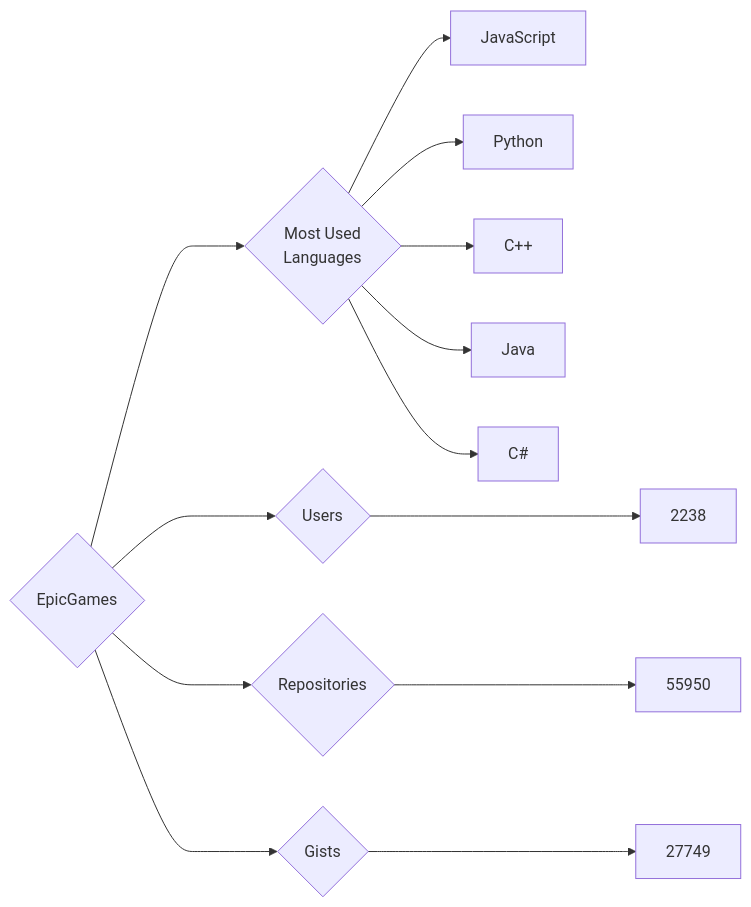
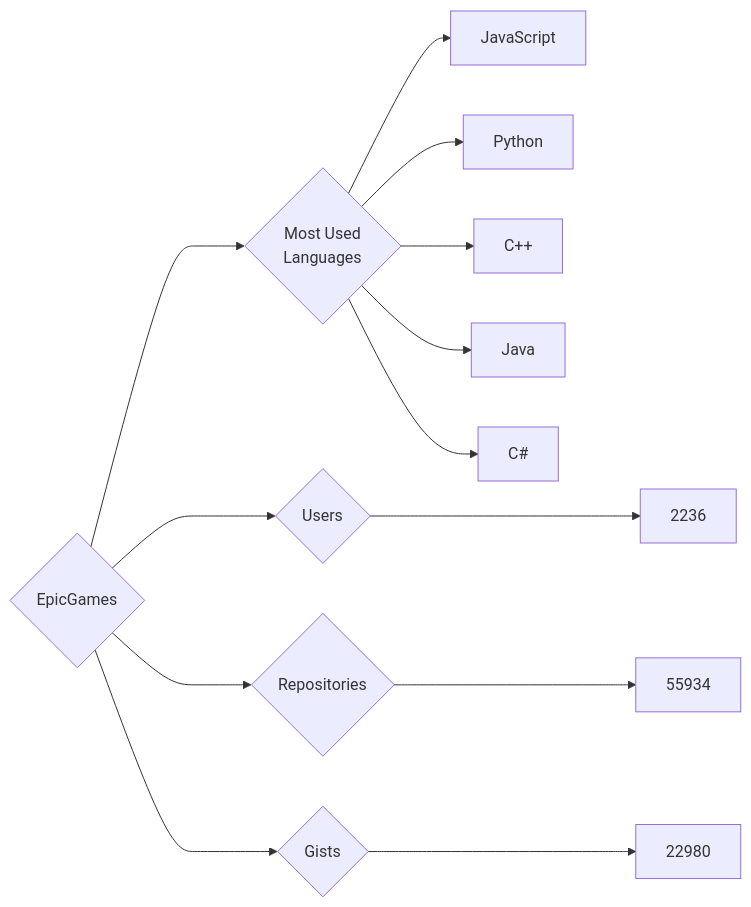
Before and after one commit to trickest/insiders: the diagram in targets/EpicGames/README.md, drawn with Mermaid. The commit also changed 682 other files, not shown here.

````diff
--- a/targets/EpicGames/README.md
+++ b/targets/EpicGames/README.md
@@ -3,13 +3,13 @@
 ```mermaid
 graph LR
 COMPANY_NAME{EpicGames}
-COMPANY_NAME ---> U{Users} ---> UN[2238]
-COMPANY_NAME ---> R{Repositories} ---> RN[55950]
-COMPANY_NAME ---> G{Gists} ---> GN[27749]
+COMPANY_NAME ---> U{Users} ---> UN[2236]
+COMPANY_NAME ---> R{Repositories} ---> RN[55934]
+COMPANY_NAME ---> G{Gists} ---> GN[22980]
 COMPANY_NAME ---> ML{Most Used<br>Languages}
 ML --> JavaScript[JavaScript]
 ML --> Python[Python]
 ML --> C++[C++]
 ML --> Java[Java]
 ML --> C#[C#]
 ```
````
